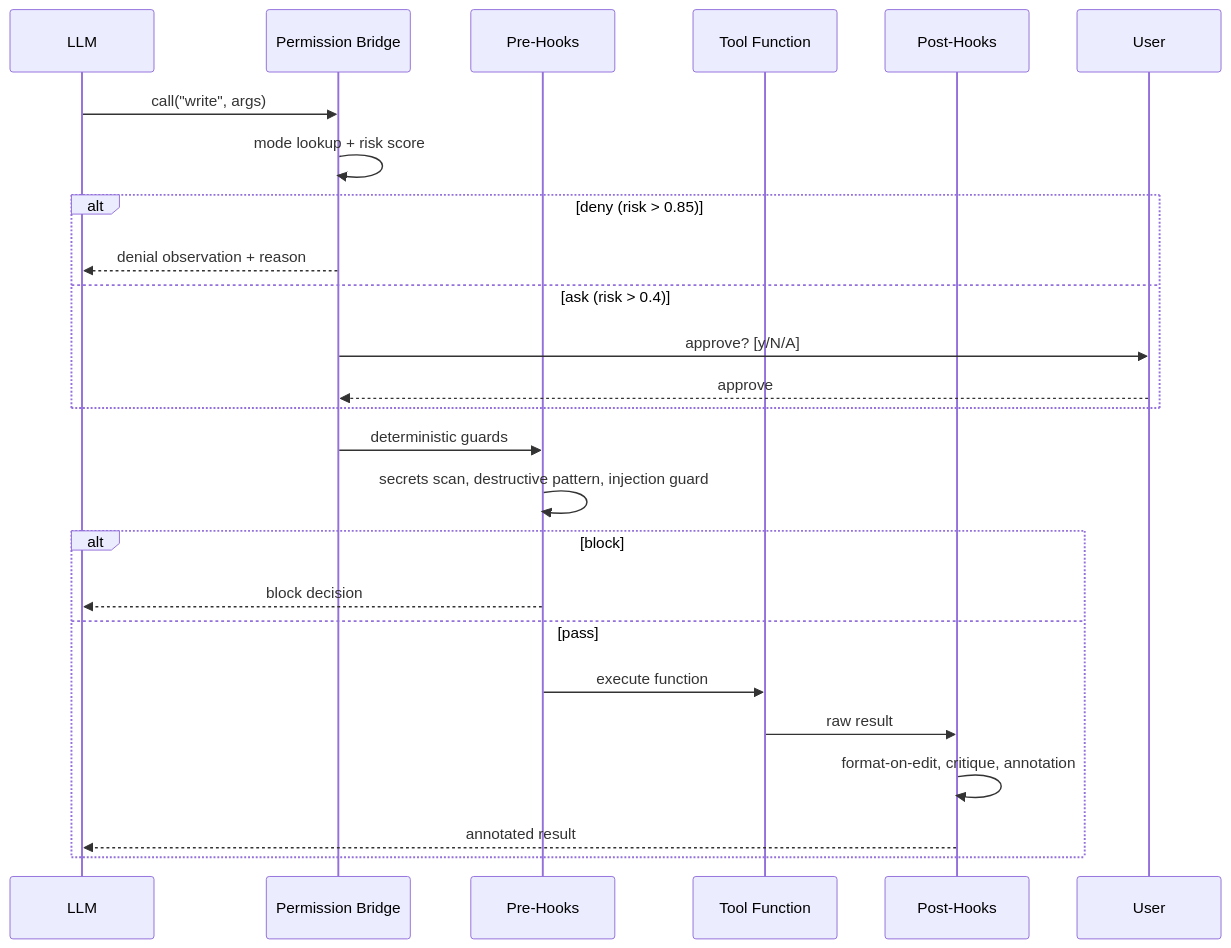
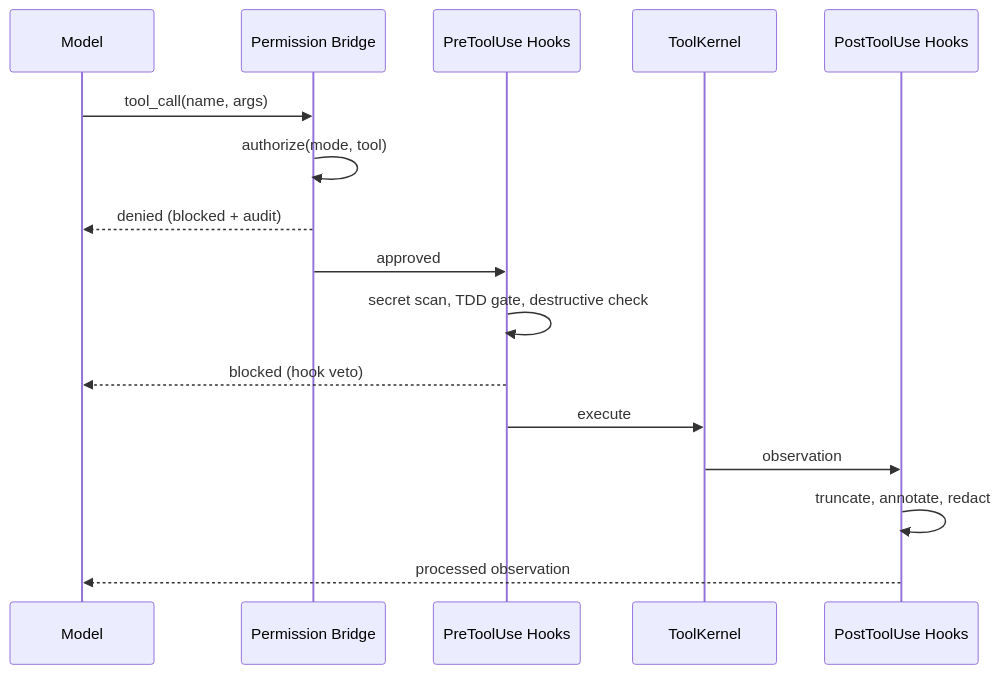
One commit to ndqkhanh/lyra changed the diagram in docs/concepts/02-tools-and-hooks.md. Above: the diagram before and after it, drawn with Mermaid. The commit also changed other lines of this file and 65 other files, not shown here.

````diff
--- a/docs/concepts/02-tools-and-hooks.md
+++ b/docs/concepts/02-tools-and-hooks.md
@@ -15,27 +13,19 @@
 ```mermaid
 sequenceDiagram
-    participant M as LLM
+    participant M as Model
     participant PB as Permission Bridge
-    participant H as Pre-Hooks
-    participant T as Tool Function
-    participant H2 as Post-Hooks
-
-    M->>PB: call("write", args)
-    PB->>PB: mode lookup + risk score
-    alt deny (risk > 0.85)
-        PB-->>M: denial observation + reason
-    else ask (risk > 0.4)
-        PB->>User: approve? [y/N/A]
-        User-->>PB: approve
-    end
-    PB->>H: deterministic guards
-    H->>H: secrets scan, destructive pattern, injection guard
-    alt block
-        H-->>M: block decision
-    else pass
-        H->>T: execute function
-        T->>H2: raw result
-        H2->>H2: format-on-edit, critique, annotation
-        H2-->>M: annotated result
-    end
+    participant Pre as PreToolUse Hooks
+    participant TK as ToolKernel
+    participant Post as PostToolUse Hooks
+    
+    M->>PB: tool_call(name, args)
+    PB->>PB: authorize(mode, tool)
+    PB-->>M: denied (blocked + audit)
+    PB->>Pre: approved
+    Pre->>Pre: secret scan, TDD gate, destructive check
+    Pre-->>M: blocked (hook veto)
+    Pre->>TK: execute
+    TK->>Post: observation
+    Post->>Post: truncate, annotate, redact
+    Post-->>M: processed observation
 ```
````
